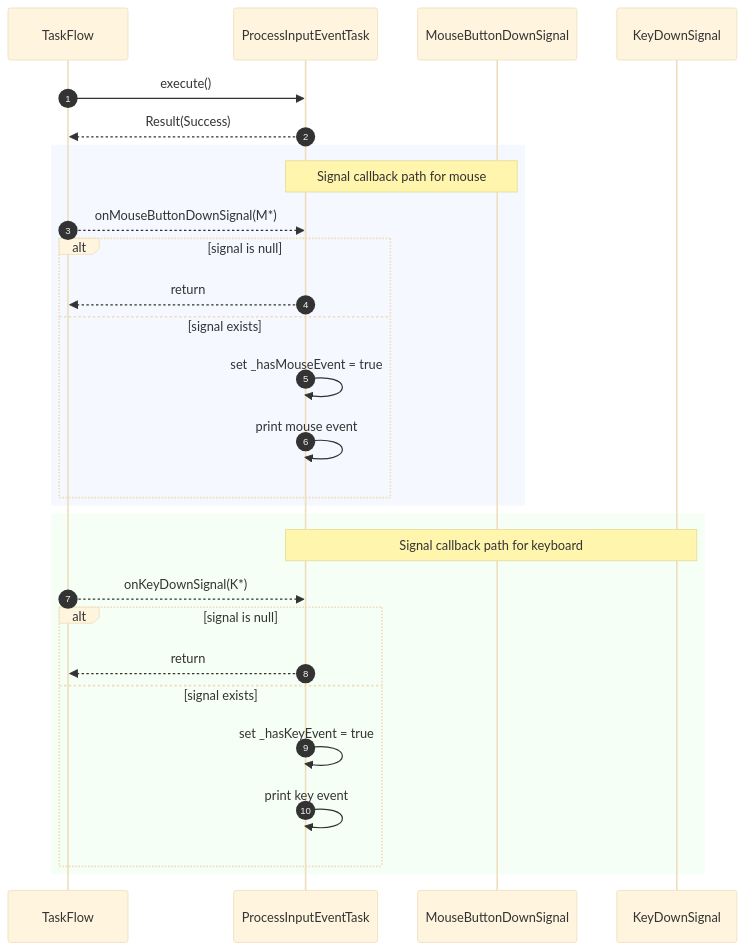
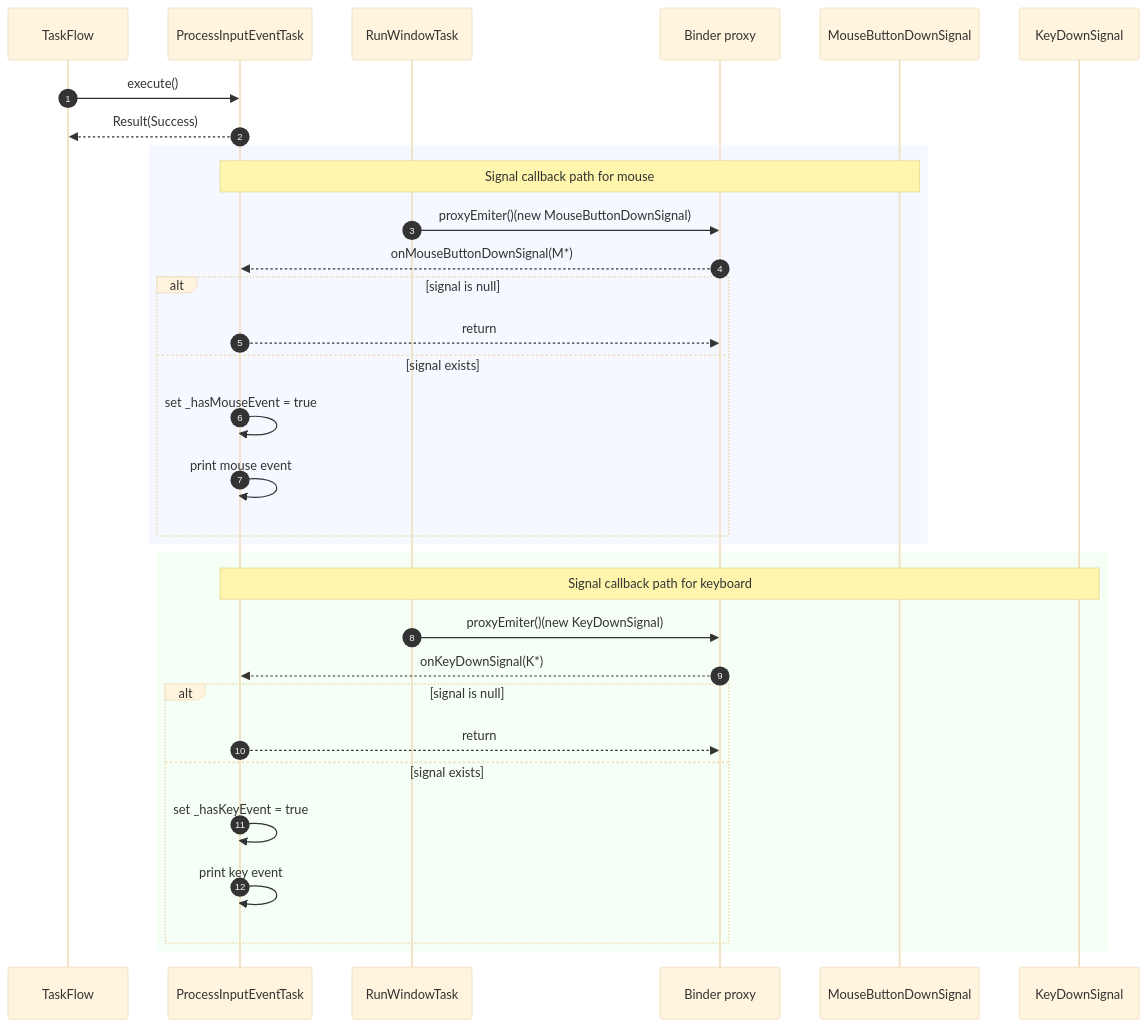
Before and after one commit to vigine-dev/Vigine: the diagram in doc/sequence/window/processinputeventtask.md, drawn with Mermaid (base theme). The commit also changed 9 other files, not shown here.

````diff
--- a/doc/sequence/window/processinputeventtask.md
+++ b/doc/sequence/window/processinputeventtask.md
@@ -3,33 +3,37 @@
 ```mermaid
 sequenceDiagram
 autonumber
 participant Caller as TaskFlow
 participant T as ProcessInputEventTask
+participant Run as RunWindowTask
+participant Proxy as Binder proxy
 participant M as MouseButtonDownSignal
 participant K as KeyDownSignal
 
 Caller->>T: execute()
 T-->>Caller: Result(Success)
 
 rect rgb(245, 248, 255)
 Note over T,M: Signal callback path for mouse
-Caller-->>T: onMouseButtonDownSignal(M*)
+Run->>Proxy: proxyEmiter()(new MouseButtonDownSignal)
+Proxy-->>T: onMouseButtonDownSignal(M*)
 alt signal is null
-  T-->>Caller: return
+  T-->>Proxy: return
 else signal exists
   T->>T: set _hasMouseEvent = true
   T->>T: print mouse event
 end
 end
 
 rect rgb(245, 255, 245)
 Note over T,K: Signal callback path for keyboard
-Caller-->>T: onKeyDownSignal(K*)
+Run->>Proxy: proxyEmiter()(new KeyDownSignal)
+Proxy-->>T: onKeyDownSignal(K*)
 alt signal is null
-  T-->>Caller: return
+  T-->>Proxy: return
 else signal exists
   T->>T: set _hasKeyEvent = true
   T->>T: print key event
 end
 end
 ```
````
